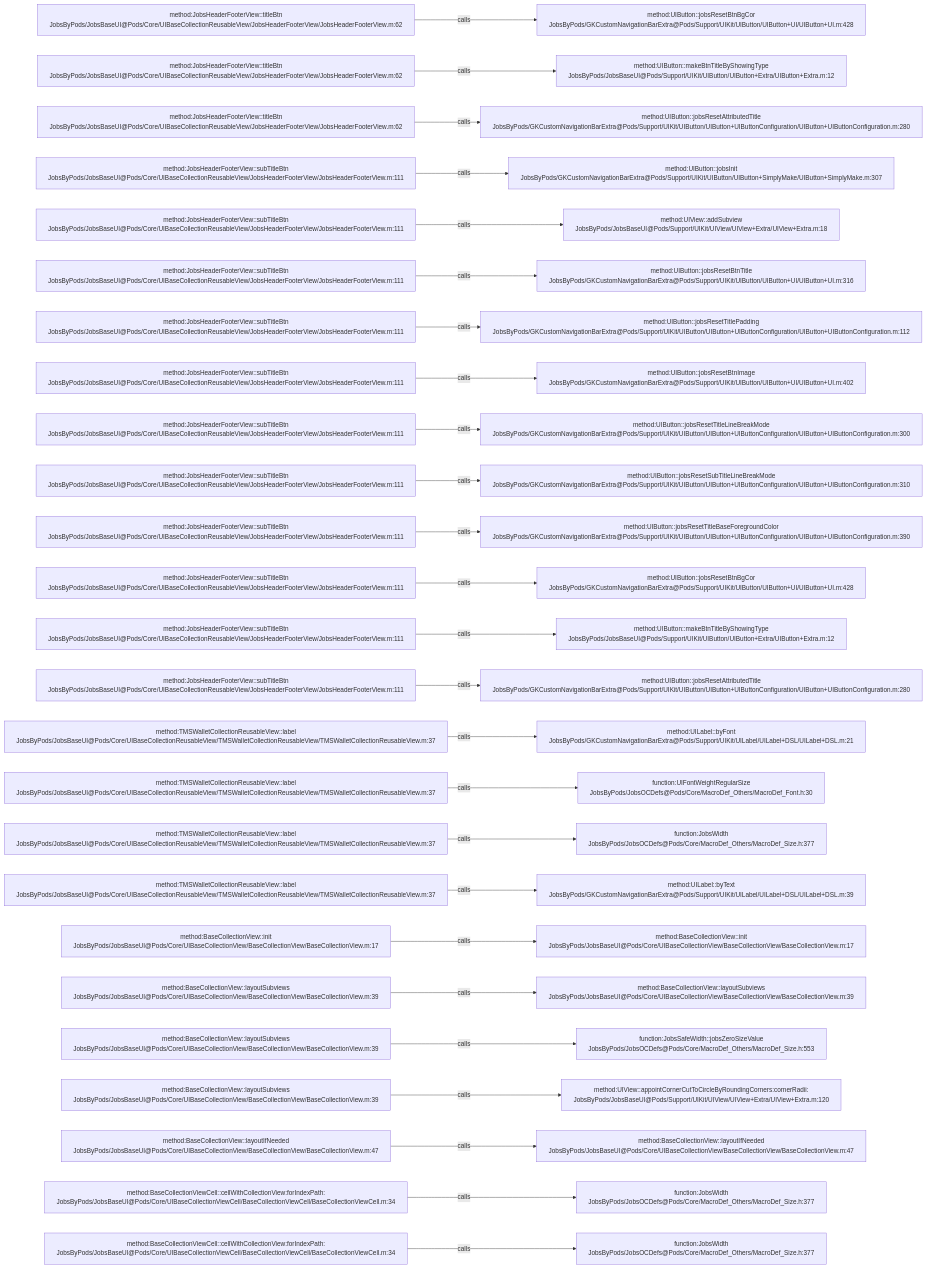
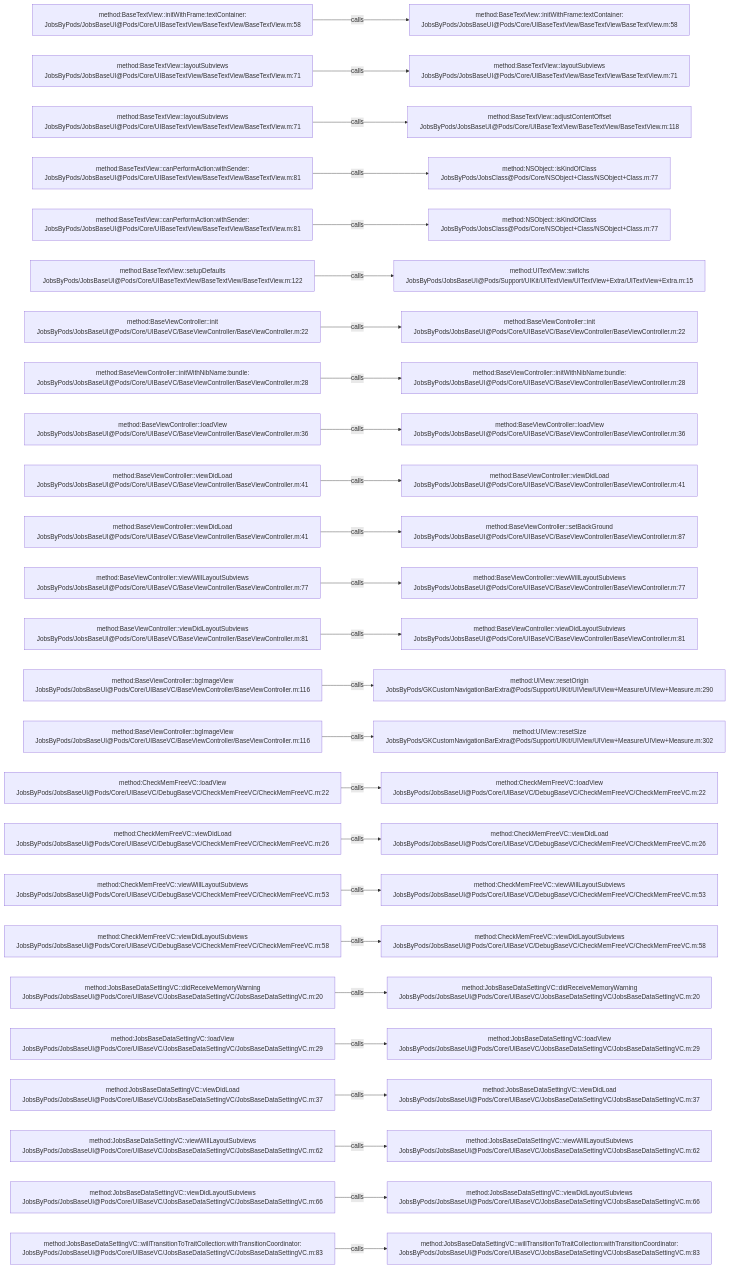
One commit to JobsKits/JobsOCBaseConfigDemo changed the diagram in .codegraph/codegraph.md/graphs/calls-033.md. Above: the diagram before and after it, drawn with Mermaid. The commit also changed 1026 other files, not shown here.

````diff
--- a/.codegraph/codegraph.md/graphs/calls-033.md
+++ b/.codegraph/codegraph.md/graphs/calls-033.md
@@ -13,78 +13,78 @@
 ```mermaid
 flowchart LR
-  S1["method:JobsHeaderFooterView::titleBtn<br/>JobsByPods/JobsBaseUI@Pods/Core/UIBaseCollectionReusableView/JobsHeaderFooterView/JobsHeaderFooterView.m:62"]
-  T1["method:UIButton::jobsResetBtnBgCor<br/>JobsByPods/GKCustomNavigationBarExtra@Pods/Support/UIKit/UIButton/UIButton+UI/UIButton+UI.m:428"]
+  S1["method:BaseTextView::initWithFrame:textContainer:<br/>JobsByPods/JobsBaseUI@Pods/Core/UIBaseTextView/BaseTextView/BaseTextView.m:58"]
+  T1["method:BaseTextView::initWithFrame:textContainer:<br/>JobsByPods/JobsBaseUI@Pods/Core/UIBaseTextView/BaseTextView/BaseTextView.m:58"]
   S1 -->|calls| T1
-  S2["method:JobsHeaderFooterView::titleBtn<br/>JobsByPods/JobsBaseUI@Pods/Core/UIBaseCollectionReusableView/JobsHeaderFooterView/JobsHeaderFooterView.m:62"]
-  T2["method:UIButton::makeBtnTitleByShowingType<br/>JobsByPods/JobsBaseUI@Pods/Support/UIKit/UIButton/UIButton+Extra/UIButton+Extra.m:12"]
+  S2["method:BaseTextView::layoutSubviews<br/>JobsByPods/JobsBaseUI@Pods/Core/UIBaseTextView/BaseTextView/BaseTextView.m:71"]
+  T2["method:BaseTextView::layoutSubviews<br/>JobsByPods/JobsBaseUI@Pods/Core/UIBaseTextView/BaseTextView/BaseTextView.m:71"]
   S2 -->|calls| T2
-  S3["method:JobsHeaderFooterView::titleBtn<br/>JobsByPods/JobsBaseUI@Pods/Core/UIBaseCollectionReusableView/JobsHeaderFooterView/JobsHeaderFooterView.m:62"]
-  T3["method:UIButton::jobsResetAttributedTitle<br/>JobsByPods/GKCustomNavigationBarExtra@Pods/Support/UIKit/UIButton/UIButton+UIButtonConfiguration/UIButton+UIButtonConfiguration.m:280"]
+  S3["method:BaseTextView::layoutSubviews<br/>JobsByPods/JobsBaseUI@Pods/Core/UIBaseTextView/BaseTextView/BaseTextView.m:71"]
+  T3["method:BaseTextView::adjustContentOffset<br/>JobsByPods/JobsBaseUI@Pods/Core/UIBaseTextView/BaseTextView/BaseTextView.m:118"]
   S3 -->|calls| T3
-  S4["method:JobsHeaderFooterView::subTitleBtn<br/>JobsByPods/JobsBaseUI@Pods/Core/UIBaseCollectionReusableView/JobsHeaderFooterView/JobsHeaderFooterView.m:111"]
-  T4["method:UIButton::jobsInit<br/>JobsByPods/GKCustomNavigationBarExtra@Pods/Support/UIKit/UIButton/UIButton+SimplyMake/UIButton+SimplyMake.m:307"]
+  S4["method:BaseTextView::canPerformAction:withSender:<br/>JobsByPods/JobsBaseUI@Pods/Core/UIBaseTextView/BaseTextView/BaseTextView.m:81"]
+  T4["method:NSObject::isKindOfClass<br/>JobsByPods/JobsClass@Pods/Core/NSObject+Class/NSObject+Class.m:77"]
   S4 -->|calls| T4
-  S5["method:JobsHeaderFooterView::subTitleBtn<br/>JobsByPods/JobsBaseUI@Pods/Core/UIBaseCollectionReusableView/JobsHeaderFooterView/JobsHeaderFooterView.m:111"]
-  T5["method:UIView::addSubview<br/>JobsByPods/JobsBaseUI@Pods/Support/UIKit/UIView/UIView+Extra/UIView+Extra.m:18"]
+  S5["method:BaseTextView::canPerformAction:withSender:<br/>JobsByPods/JobsBaseUI@Pods/Core/UIBaseTextView/BaseTextView/BaseTextView.m:81"]
+  T5["method:NSObject::isKindOfClass<br/>JobsByPods/JobsClass@Pods/Core/NSObject+Class/NSObject+Class.m:77"]
   S5 -->|calls| T5
-  S6["method:JobsHeaderFooterView::subTitleBtn<br/>JobsByPods/JobsBaseUI@Pods/Core/UIBaseCollectionReusableView/JobsHeaderFooterView/JobsHeaderFooterView.m:111"]
-  T6["method:UIButton::jobsResetBtnTitle<br/>JobsByPods/GKCustomNavigationBarExtra@Pods/Support/UIKit/UIButton/UIButton+UI/UIButton+UI.m:316"]
+  S6["method:BaseTextView::setupDefaults<br/>JobsByPods/JobsBaseUI@Pods/Core/UIBaseTextView/BaseTextView/BaseTextView.m:122"]
+  T6["method:UITextView::switchs<br/>JobsByPods/JobsBaseUI@Pods/Support/UIKit/UITextView/UITextView+Extra/UITextView+Extra.m:15"]
   S6 -->|calls| T6
-  S7["method:JobsHeaderFooterView::subTitleBtn<br/>JobsByPods/JobsBaseUI@Pods/Core/UIBaseCollectionReusableView/JobsHeaderFooterView/JobsHeaderFooterView.m:111"]
-  T7["method:UIButton::jobsResetTitlePadding<br/>JobsByPods/GKCustomNavigationBarExtra@Pods/Support/UIKit/UIButton/UIButton+UIButtonConfiguration/UIButton+UIButtonConfiguration.m:112"]
+  S7["method:BaseViewController::init<br/>JobsByPods/JobsBaseUI@Pods/Core/UIBaseVC/BaseViewController/BaseViewController.m:22"]
+  T7["method:BaseViewController::init<br/>JobsByPods/JobsBaseUI@Pods/Core/UIBaseVC/BaseViewController/BaseViewController.m:22"]
   S7 -->|calls| T7
-  S8["method:JobsHeaderFooterView::subTitleBtn<br/>JobsByPods/JobsBaseUI@Pods/Core/UIBaseCollectionReusableView/JobsHeaderFooterView/JobsHeaderFooterView.m:111"]
-  T8["method:UIButton::jobsResetBtnImage<br/>JobsByPods/GKCustomNavigationBarExtra@Pods/Support/UIKit/UIButton/UIButton+UI/UIButton+UI.m:402"]
+  S8["method:BaseViewController::initWithNibName:bundle:<br/>JobsByPods/JobsBaseUI@Pods/Core/UIBaseVC/BaseViewController/BaseViewController.m:28"]
+  T8["method:BaseViewController::initWithNibName:bundle:<br/>JobsByPods/JobsBaseUI@Pods/Core/UIBaseVC/BaseViewController/BaseViewController.m:28"]
   S8 -->|calls| T8
-  S9["method:JobsHeaderFooterView::subTitleBtn<br/>JobsByPods/JobsBaseUI@Pods/Core/UIBaseCollectionReusableView/JobsHeaderFooterView/JobsHeaderFooterView.m:111"]
-  T9["method:UIButton::jobsResetTitleLineBreakMode<br/>JobsByPods/GKCustomNavigationBarExtra@Pods/Support/UIKit/UIButton/UIButton+UIButtonConfiguration/UIButton+UIButtonConfiguration.m:300"]
+  S9["method:BaseViewController::loadView<br/>JobsByPods/JobsBaseUI@Pods/Core/UIBaseVC/BaseViewController/BaseViewController.m:36"]
+  T9["method:BaseViewController::loadView<br/>JobsByPods/JobsBaseUI@Pods/Core/UIBaseVC/BaseViewController/BaseViewController.m:36"]
   S9 -->|calls| T9
-  S10["method:JobsHeaderFooterView::subTitleBtn<br/>JobsByPods/JobsBaseUI@Pods/Core/UIBaseCollectionReusableView/JobsHeaderFooterView/JobsHeaderFooterView.m:111"]
-  T10["method:UIButton::jobsResetSubTitleLineBreakMode<br/>JobsByPods/GKCustomNavigationBarExtra@Pods/Support/UIKit/UIButton/UIButton+UIButtonConfiguration/UIButton+UIButtonConfiguration.m:310"]
+  S10["method:BaseViewController::viewDidLoad<br/>JobsByPods/JobsBaseUI@Pods/Core/UIBaseVC/BaseViewController/BaseViewController.m:41"]
+  T10["method:BaseViewController::viewDidLoad<br/>JobsByPods/JobsBaseUI@Pods/Core/UIBaseVC/BaseViewController/BaseViewController.m:41"]
   S10 -->|calls| T10
-  S11["method:JobsHeaderFooterView::subTitleBtn<br/>JobsByPods/JobsBaseUI@Pods/Core/UIBaseCollectionReusableView/JobsHeaderFooterView/JobsHeaderFooterView.m:111"]
-  T11["method:UIButton::jobsResetTitleBaseForegroundColor<br/>JobsByPods/GKCustomNavigationBarExtra@Pods/Support/UIKit/UIButton/UIButton+UIButtonConfiguration/UIButton+UIButtonConfiguration.m:390"]
+  S11["method:BaseViewController::viewDidLoad<br/>JobsByPods/JobsBaseUI@Pods/Core/UIBaseVC/BaseViewController/BaseViewController.m:41"]
+  T11["method:BaseViewController::setBackGround<br/>JobsByPods/JobsBaseUI@Pods/Core/UIBaseVC/BaseViewController/BaseViewController.m:87"]
   S11 -->|calls| T11
-  S12["method:JobsHeaderFooterView::subTitleBtn<br/>JobsByPods/JobsBaseUI@Pods/Core/UIBaseCollectionReusableView/JobsHeaderFooterView/JobsHeaderFooterView.m:111"]
-  T12["method:UIButton::jobsResetBtnBgCor<br/>JobsByPods/GKCustomNavigationBarExtra@Pods/Support/UIKit/UIButton/UIButton+UI/UIButton+UI.m:428"]
+  S12["method:BaseViewController::viewWillLayoutSubviews<br/>JobsByPods/JobsBaseUI@Pods/Core/UIBaseVC/BaseViewController/BaseViewController.m:77"]
+  T12["method:BaseViewController::viewWillLayoutSubviews<br/>JobsByPods/JobsBaseUI@Pods/Core/UIBaseVC/BaseViewController/BaseViewController.m:77"]
   S12 -->|calls| T12
-  S13["method:JobsHeaderFooterView::subTitleBtn<br/>JobsByPods/JobsBaseUI@Pods/Core/UIBaseCollectionReusableView/JobsHeaderFooterView/JobsHeaderFooterView.m:111"]
-  T13["method:UIButton::makeBtnTitleByShowingType<br/>JobsByPods/JobsBaseUI@Pods/Support/UIKit/UIButton/UIButton+Extra/UIButton+Extra.m:12"]
+  S13["method:BaseViewController::viewDidLayoutSubviews<br/>JobsByPods/JobsBaseUI@Pods/Core/UIBaseVC/BaseViewController/BaseViewController.m:81"]
+  T13["method:BaseViewController::viewDidLayoutSubviews<br/>JobsByPods/JobsBaseUI@Pods/Core/UIBaseVC/BaseViewController/BaseViewController.m:81"]
   S13 -->|calls| T13
-  S14["method:JobsHeaderFooterView::subTitleBtn<br/>JobsByPods/JobsBaseUI@Pods/Core/UIBaseCollectionReusableView/JobsHeaderFooterView/JobsHeaderFooterView.m:111"]
-  T14["method:UIButton::jobsResetAttributedTitle<br/>JobsByPods/GKCustomNavigationBarExtra@Pods/Support/UIKit/UIButton/UIButton+UIButtonConfiguration/UIButton+UIButtonConfiguration.m:280"]
+  S14["method:BaseViewController::bgImageView<br/>JobsByPods/JobsBaseUI@Pods/Core/UIBaseVC/BaseViewController/BaseViewController.m:116"]
+  T14["method:UIView::resetOrigin<br/>JobsByPods/GKCustomNavigationBarExtra@Pods/Support/UIKit/UIView/UIView+Measure/UIView+Measure.m:290"]
   S14 -->|calls| T14
-  S15["method:TMSWalletCollectionReusableView::label<br/>JobsByPods/JobsBaseUI@Pods/Core/UIBaseCollectionReusableView/TMSWalletCollectionReusableView/TMSWalletCollectionReusableView.m:37"]
-  T15["method:UILabel::byFont<br/>JobsByPods/GKCustomNavigationBarExtra@Pods/Support/UIKit/UILabel/UILabel+DSL/UILabel+DSL.m:21"]
+  S15["method:BaseViewController::bgImageView<br/>JobsByPods/JobsBaseUI@Pods/Core/UIBaseVC/BaseViewController/BaseViewController.m:116"]
+  T15["method:UIView::resetSize<br/>JobsByPods/GKCustomNavigationBarExtra@Pods/Support/UIKit/UIView/UIView+Measure/UIView+Measure.m:302"]
   S15 -->|calls| T15
-  S16["method:TMSWalletCollectionReusableView::label<br/>JobsByPods/JobsBaseUI@Pods/Core/UIBaseCollectionReusableView/TMSWalletCollectionReusableView/TMSWalletCollectionReusableView.m:37"]
-  T16["function:UIFontWeightRegularSize<br/>JobsByPods/JobsOCDefs@Pods/Core/MacroDef_Others/MacroDef_Font.h:30"]
+  S16["method:CheckMemFreeVC::loadView<br/>JobsByPods/JobsBaseUI@Pods/Core/UIBaseVC/DebugBaseVC/CheckMemFreeVC/CheckMemFreeVC.m:22"]
+  T16["method:CheckMemFreeVC::loadView<br/>JobsByPods/JobsBaseUI@Pods/Core/UIBaseVC/DebugBaseVC/CheckMemFreeVC/CheckMemFreeVC.m:22"]
   S16 -->|calls| T16
-  S17["method:TMSWalletCollectionReusableView::label<br/>JobsByPods/JobsBaseUI@Pods/Core/UIBaseCollectionReusableView/TMSWalletCollectionReusableView/TMSWalletCollectionReusableView.m:37"]
-  T17["function:JobsWidth<br/>JobsByPods/JobsOCDefs@Pods/Core/MacroDef_Others/MacroDef_Size.h:377"]
+  S17["method:CheckMemFreeVC::viewDidLoad<br/>JobsByPods/JobsBaseUI@Pods/Core/UIBaseVC/DebugBaseVC/CheckMemFreeVC/CheckMemFreeVC.m:26"]
+  T17["method:CheckMemFreeVC::viewDidLoad<br/>JobsByPods/JobsBaseUI@Pods/Core/UIBaseVC/DebugBaseVC/CheckMemFreeVC/CheckMemFreeVC.m:26"]
   S17 -->|calls| T17
-  S18["method:TMSWalletCollectionReusableView::label<br/>JobsByPods/JobsBaseUI@Pods/Core/UIBaseCollectionReusableView/TMSWalletCollectionReusableView/TMSWalletCollectionReusableView.m:37"]
-  T18["method:UILabel::byText<br/>JobsByPods/GKCustomNavigationBarExtra@Pods/Support/UIKit/UILabel/UILabel+DSL/UILabel+DSL.m:39"]
+  S18["method:CheckMemFreeVC::viewWillLayoutSubviews<br/>JobsByPods/JobsBaseUI@Pods/Core/UIBaseVC/DebugBaseVC/CheckMemFreeVC/CheckMemFreeVC.m:53"]
+  T18["method:CheckMemFreeVC::viewWillLayoutSubviews<br/>JobsByPods/JobsBaseUI@Pods/Core/UIBaseVC/DebugBaseVC/CheckMemFreeVC/CheckMemFreeVC.m:53"]
   S18 -->|calls| T18
-  S19["method:BaseCollectionView::init<br/>JobsByPods/JobsBaseUI@Pods/Core/UIBaseCollectionView/BaseCollectionView/BaseCollectionView.m:17"]
-  T19["method:BaseCollectionView::init<br/>JobsByPods/JobsBaseUI@Pods/Core/UIBaseCollectionView/BaseCollectionView/BaseCollectionView.m:17"]
+  S19["method:CheckMemFreeVC::viewDidLayoutSubviews<br/>JobsByPods/JobsBaseUI@Pods/Core/UIBaseVC/DebugBaseVC/CheckMemFreeVC/CheckMemFreeVC.m:58"]
+  T19["method:CheckMemFreeVC::viewDidLayoutSubviews<br/>JobsByPods/JobsBaseUI@Pods/Core/UIBaseVC/DebugBaseVC/CheckMemFreeVC/CheckMemFreeVC.m:58"]
   S19 -->|calls| T19
-  S20["method:BaseCollectionView::layoutSubviews<br/>JobsByPods/JobsBaseUI@Pods/Core/UIBaseCollectionView/BaseCollectionView/BaseCollectionView.m:39"]
-  T20["method:BaseCollectionView::layoutSubviews<br/>JobsByPods/JobsBaseUI@Pods/Core/UIBaseCollectionView/BaseCollectionView/BaseCollectionView.m:39"]
+  S20["method:JobsBaseDataSettingVC::didReceiveMemoryWarning<br/>JobsByPods/JobsBaseUI@Pods/Core/UIBaseVC/JobsBaseDataSettingVC/JobsBaseDataSettingVC.m:20"]
+  T20["method:JobsBaseDataSettingVC::didReceiveMemoryWarning<br/>JobsByPods/JobsBaseUI@Pods/Core/UIBaseVC/JobsBaseDataSettingVC/JobsBaseDataSettingVC.m:20"]
   S20 -->|calls| T20
-  S21["method:BaseCollectionView::layoutSubviews<br/>JobsByPods/JobsBaseUI@Pods/Core/UIBaseCollectionView/BaseCollectionView/BaseCollectionView.m:39"]
-  T21["function:JobsSafeWidth::jobsZeroSizeValue<br/>JobsByPods/JobsOCDefs@Pods/Core/MacroDef_Others/MacroDef_Size.h:553"]
+  S21["method:JobsBaseDataSettingVC::loadView<br/>JobsByPods/JobsBaseUI@Pods/Core/UIBaseVC/JobsBaseDataSettingVC/JobsBaseDataSettingVC.m:29"]
+  T21["method:JobsBaseDataSettingVC::loadView<br/>JobsByPods/JobsBaseUI@Pods/Core/UIBaseVC/JobsBaseDataSettingVC/JobsBaseDataSettingVC.m:29"]
   S21 -->|calls| T21
-  S22["method:BaseCollectionView::layoutSubviews<br/>JobsByPods/JobsBaseUI@Pods/Core/UIBaseCollectionView/BaseCollectionView/BaseCollectionView.m:39"]
-  T22["method:UIView::appointCornerCutToCircleByRoundingCorners:cornerRadii:<br/>JobsByPods/JobsBaseUI@Pods/Support/UIKit/UIView/UIView+Extra/UIView+Extra.m:120"]
+  S22["method:JobsBaseDataSettingVC::viewDidLoad<br/>JobsByPods/JobsBaseUI@Pods/Core/UIBaseVC/JobsBaseDataSettingVC/JobsBaseDataSettingVC.m:37"]
+  T22["method:JobsBaseDataSettingVC::viewDidLoad<br/>JobsByPods/JobsBaseUI@Pods/Core/UIBaseVC/JobsBaseDataSettingVC/JobsBaseDataSettingVC.m:37"]
   S22 -->|calls| T22
-  S23["method:BaseCollectionView::layoutIfNeeded<br/>JobsByPods/JobsBaseUI@Pods/Core/UIBaseCollectionView/BaseCollectionView/BaseCollectionView.m:47"]
-  T23["method:BaseCollectionView::layoutIfNeeded<br/>JobsByPods/JobsBaseUI@Pods/Core/UIBaseCollectionView/BaseCollectionView/BaseCollectionView.m:47"]
+  S23["method:JobsBaseDataSettingVC::viewWillLayoutSubviews<br/>JobsByPods/JobsBaseUI@Pods/Core/UIBaseVC/JobsBaseDataSettingVC/JobsBaseDataSettingVC.m:62"]
+  T23["method:JobsBaseDataSettingVC::viewWillLayoutSubviews<br/>JobsByPods/JobsBaseUI@Pods/Core/UIBaseVC/JobsBaseDataSettingVC/JobsBaseDataSettingVC.m:62"]
   S23 -->|calls| T23
-  S24["method:BaseCollectionViewCell::cellWithCollectionView:forIndexPath:<br/>JobsByPods/JobsBaseUI@Pods/Core/UIBaseCollectionViewCell/BaseCollectionViewCell/BaseCollectionViewCell.m:34"]
-  T24["function:JobsWidth<br/>JobsByPods/JobsOCDefs@Pods/Core/MacroDef_Others/MacroDef_Size.h:377"]
+  S24["method:JobsBaseDataSettingVC::viewDidLayoutSubviews<br/>JobsByPods/JobsBaseUI@Pods/Core/UIBaseVC/JobsBaseDataSettingVC/JobsBaseDataSettingVC.m:66"]
+  T24["method:JobsBaseDataSettingVC::viewDidLayoutSubviews<br/>JobsByPods/JobsBaseUI@Pods/Core/UIBaseVC/JobsBaseDataSettingVC/JobsBaseDataSettingVC.m:66"]
   S24 -->|calls| T24
-  S25["method:BaseCollectionViewCell::cellWithCollectionView:forIndexPath:<br/>JobsByPods/JobsBaseUI@Pods/Core/UIBaseCollectionViewCell/BaseCollectionViewCell/BaseCollectionViewCell.m:34"]
-  T25["function:JobsWidth<br/>JobsByPods/JobsOCDefs@Pods/Core/MacroDef_Others/MacroDef_Size.h:377"]
+  S25["method:JobsBaseDataSettingVC::willTransitionToTraitCollection:withTransitionCoordinator:<br/>JobsByPods/JobsBaseUI@Pods/Core/UIBaseVC/JobsBaseDataSettingVC/JobsBaseDataSettingVC.m:83"]
+  T25["method:JobsBaseDataSettingVC::willTransitionToTraitCollection:withTransitionCoordinator:<br/>JobsByPods/JobsBaseUI@Pods/Core/UIBaseVC/JobsBaseDataSettingVC/JobsBaseDataSettingVC.m:83"]
   S25 -->|calls| T25
 ```
````
